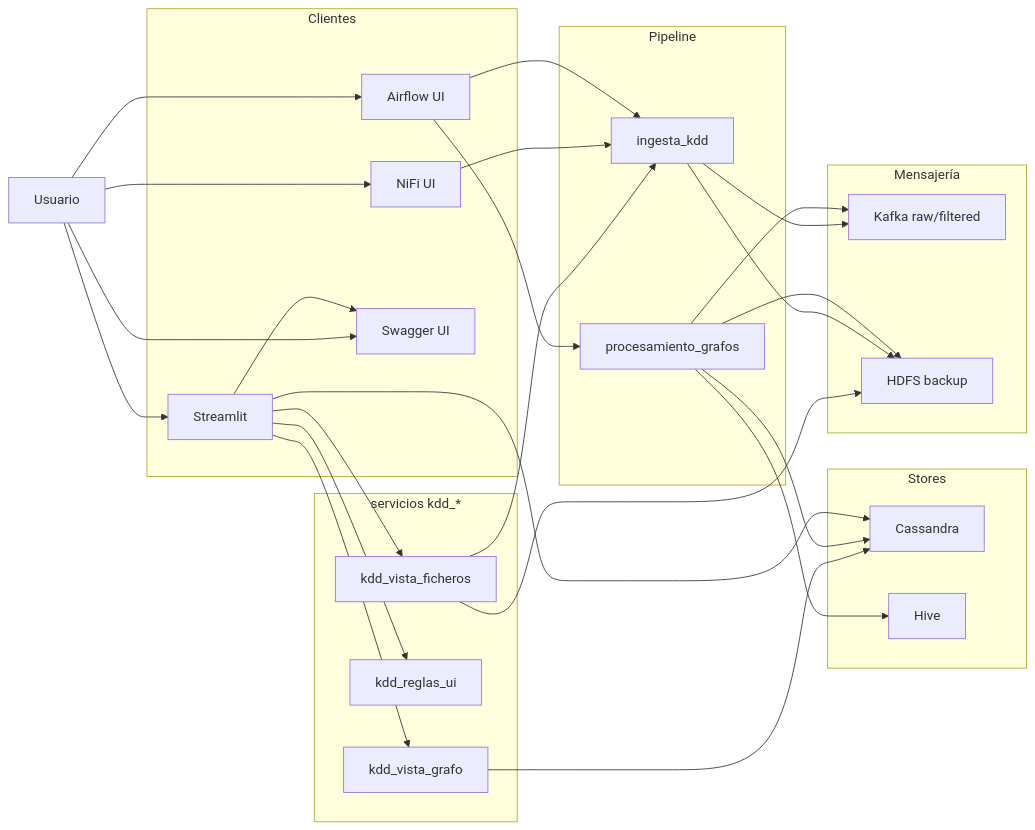
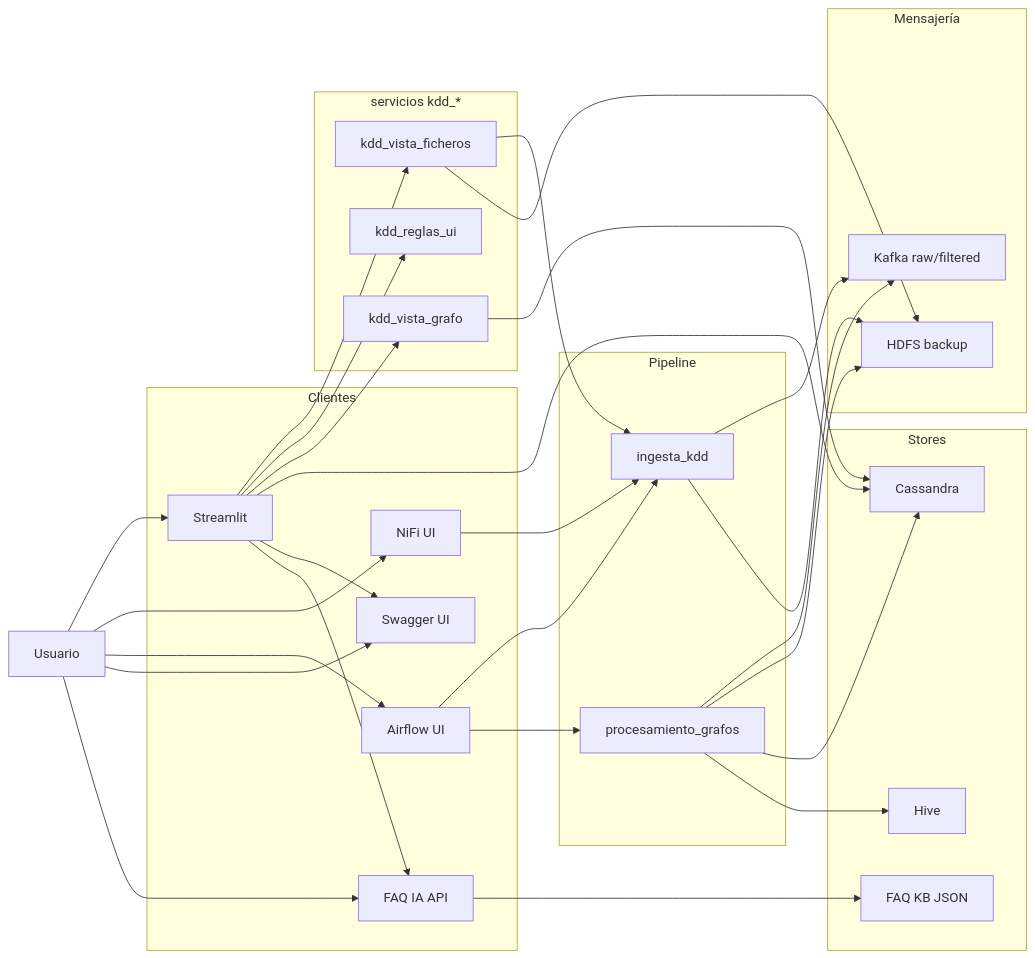
Before and after one commit to gracobjo/proyecto_transporte_global_standalone: the second of 15 diagrams in docs/DIAGRAMAS_MERMAID.md, drawn with Mermaid. The commit also changed other lines of this file and 18 other files, not shown here.

````diff
--- a/docs/DIAGRAMAS_MERMAID.md
+++ b/docs/DIAGRAMAS_MERMAID.md
@@ -60,48 +63,53 @@
 ```mermaid
 flowchart LR
   U[Usuario]
   subgraph Clientes
     ST[Streamlit]
     N[NiFi UI]
     A[Airflow UI]
     SW[Swagger UI]
+    FQ[FAQ IA API]
   end
   subgraph UI_KDD[servicios kdd_*]
     VF[kdd_vista_ficheros]
     VR[kdd_reglas_ui]
     VG[kdd_vista_grafo]
   end
   subgraph Pipeline
     I[ingesta_kdd]
     P[procesamiento_grafos]
   end
   subgraph Mensajería
     K[Kafka raw/filtered]
     H[HDFS backup]
   end
   subgraph Stores
     C[Cassandra]
     V[Hive]
+    KB[FAQ KB JSON]
   end
   U --> ST
   U --> N
   U --> A
   U --> SW
+  U --> FQ
   ST --> VF
   ST --> VR
   ST --> VG
   VF --> I
   VF --> H
   VG --> C
   N --> I
   A --> I
   A --> P
   I --> K
   I --> H
   P --> K
   P --> H
   P --> C
   P --> V
   ST --> C
   ST --> SW
+  ST --> FQ
+  FQ --> KB
 ```
````
